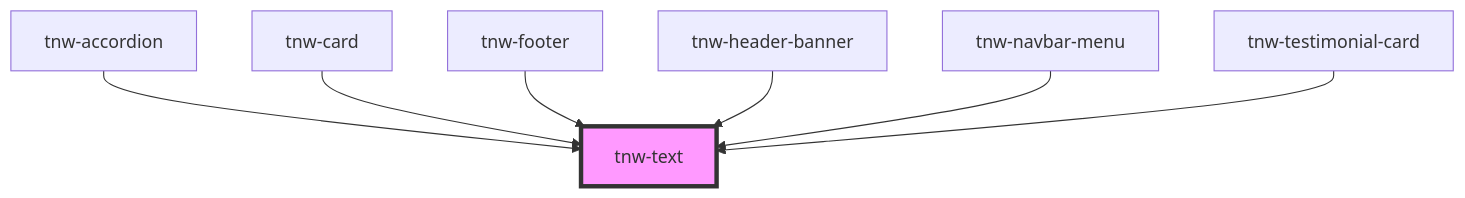
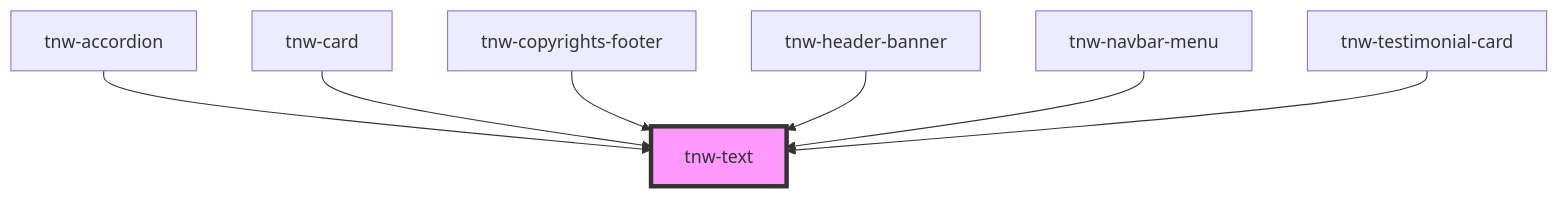
One commit to technway/technway-component-library changed the diagram in packages/stencil-library/src/components/tnw-text/readme.md. Above: the diagram before and after it, drawn with Mermaid. The commit also changed other lines of this file and 20 other files, not shown here.

First line of the commit message:
feat(components): introduce tnw-footer component and update existing footer structure

````diff
--- a/packages/stencil-library/src/components/tnw-text/readme.md
+++ b/packages/stencil-library/src/components/tnw-text/readme.md
@@ -99,10 +99,10 @@
 ```mermaid
 graph TD;
   tnw-accordion --> tnw-text
   tnw-card --> tnw-text
-  tnw-footer --> tnw-text
+  tnw-copyrights-footer --> tnw-text
   tnw-header-banner --> tnw-text
   tnw-navbar-menu --> tnw-text
   tnw-testimonial-card --> tnw-text
   style tnw-text fill:#f9f,stroke:#333,stroke-width:4px
 ```
````
